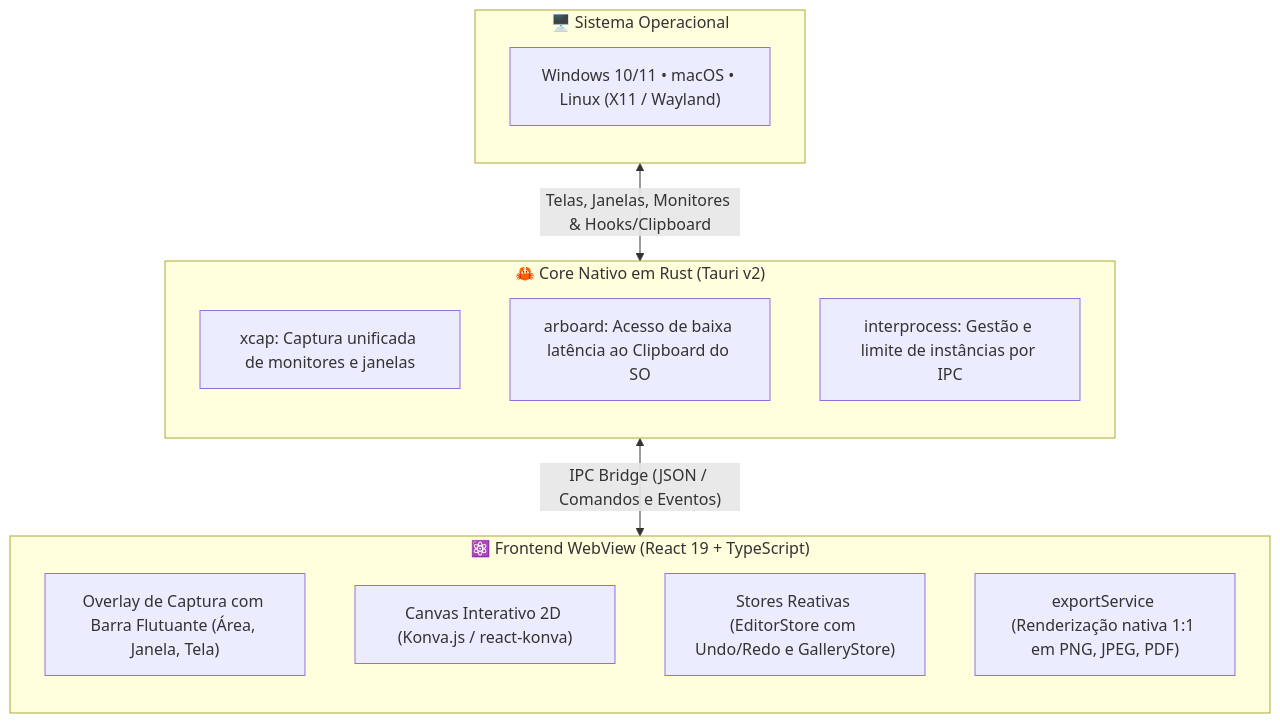
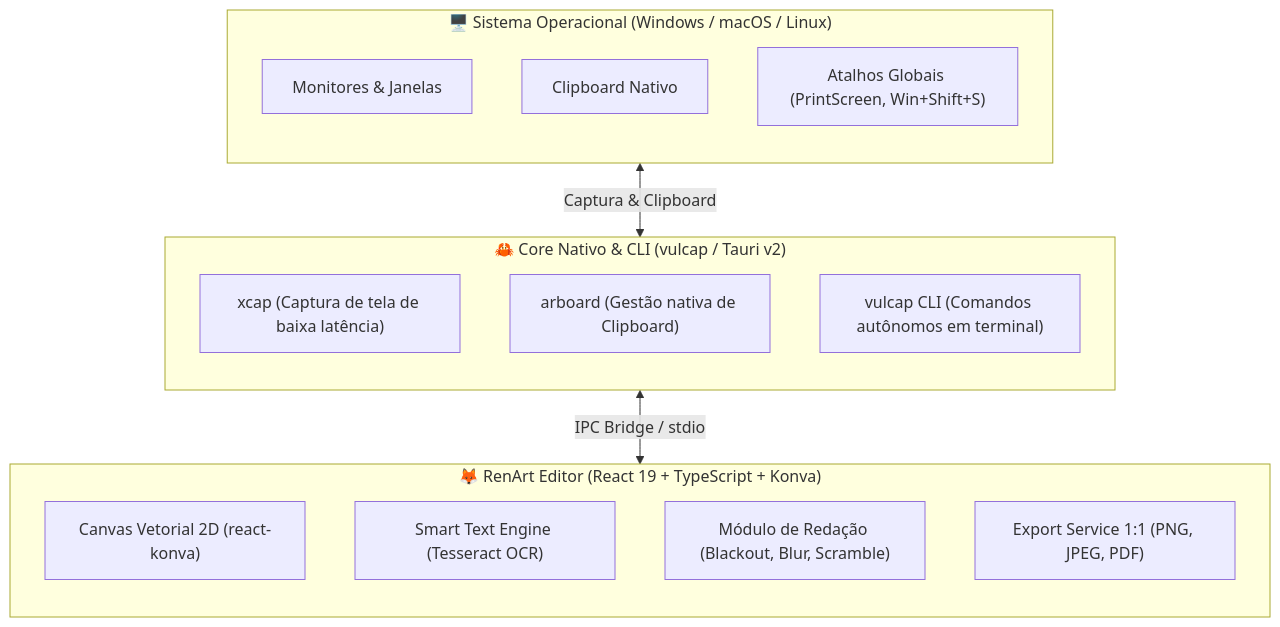
One commit to nathanventura-dev/renart changed the diagram in README.md. Above: the diagram before and after it, drawn with Mermaid. The commit also changed other lines of this file and 1 other file, not shown here.

Commit message:
docs: adicionar README flagship do RenArt com tema dinamico e documentacao completa

````diff
--- a/README.md
+++ b/README.md
@@ -74,25 +79,27 @@
 ```mermaid
 flowchart TD
-    subgraph OS ["🖥️ Sistema Operacional"]
+    subgraph SO ["🖥️ Sistema Operacional (Windows / macOS / Linux)"]
         direction TB
-        os_info["Windows 10/11 • macOS • Linux (X11 / Wayland)"]
+        Monitors["Monitores & Janelas"]
+        Clip["Clipboard Nativo"]
+        Shortcuts["Atalhos Globais (PrintScreen, Win+Shift+S)"]
     end
 
-    subgraph Rust ["🦀 Core Nativo em Rust (Tauri v2)"]
+    subgraph RustCore ["🦀 Core Nativo & CLI (vulcap / Tauri v2)"]
         direction TB
-        xcap["xcap: Captura unificada de monitores e janelas"]
-        arboard["arboard: Acesso de baixa latência ao Clipboard do SO"]
-        interprocess["interprocess: Gestão e limite de instâncias por IPC"]
+        Xcap["xcap (Captura de tela de baixa latência)"]
+        Arboard["arboard (Gestão nativa de Clipboard)"]
+        CliEngine["vulcap CLI (Comandos autônomos em terminal)"]
     end
 
-    subgraph Frontend ["⚛️ Frontend WebView (React 19 + TypeScript)"]
+    subgraph RenArtGUI ["🦊 RenArt Editor (React 19 + TypeScript + Konva)"]
         direction TB
-        overlay["Overlay de Captura com Barra Flutuante (Área, Janela, Tela)"]
-        canvas["Canvas Interativo 2D (Konva.js / react-konva)"]
-        stores["Stores Reativas (EditorStore com Undo/Redo e GalleryStore)"]
-        export["exportService (Renderização nativa 1:1 em PNG, JPEG, PDF)"]
+        Canvas["Canvas Vetorial 2D (react-konva)"]
+        SmartText["Smart Text Engine (Tesseract OCR)"]
+        Redact["Módulo de Redação (Blackout, Blur, Scramble)"]
+        Export["Export Service 1:1 (PNG, JPEG, PDF)"]
     end
 
-    OS <-->|"Telas, Janelas, Monitores & Hooks/Clipboard"| Rust
-    Rust <-->|"IPC Bridge (JSON / Comandos e Eventos)"| Frontend
+    SO <-->|"Captura & Clipboard"| RustCore
+    RustCore <-->|"IPC Bridge / stdio"| RenArtGUI
 ```
````
